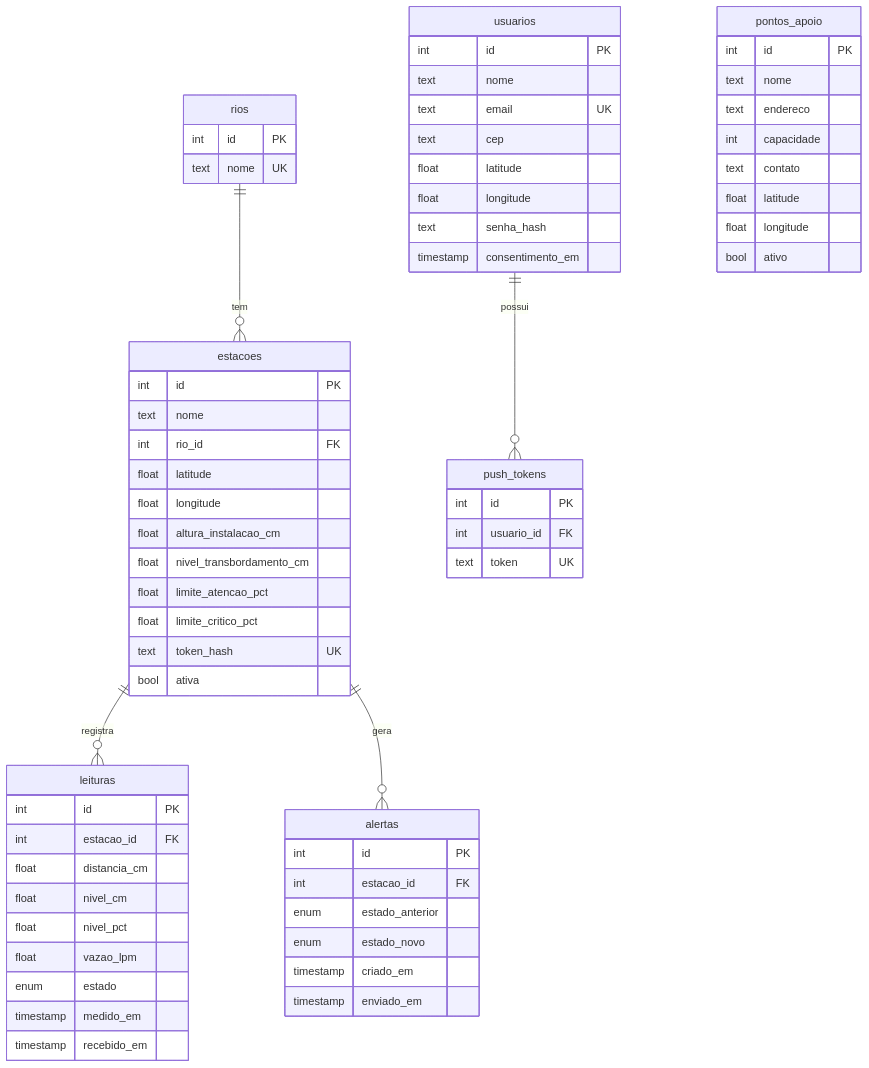
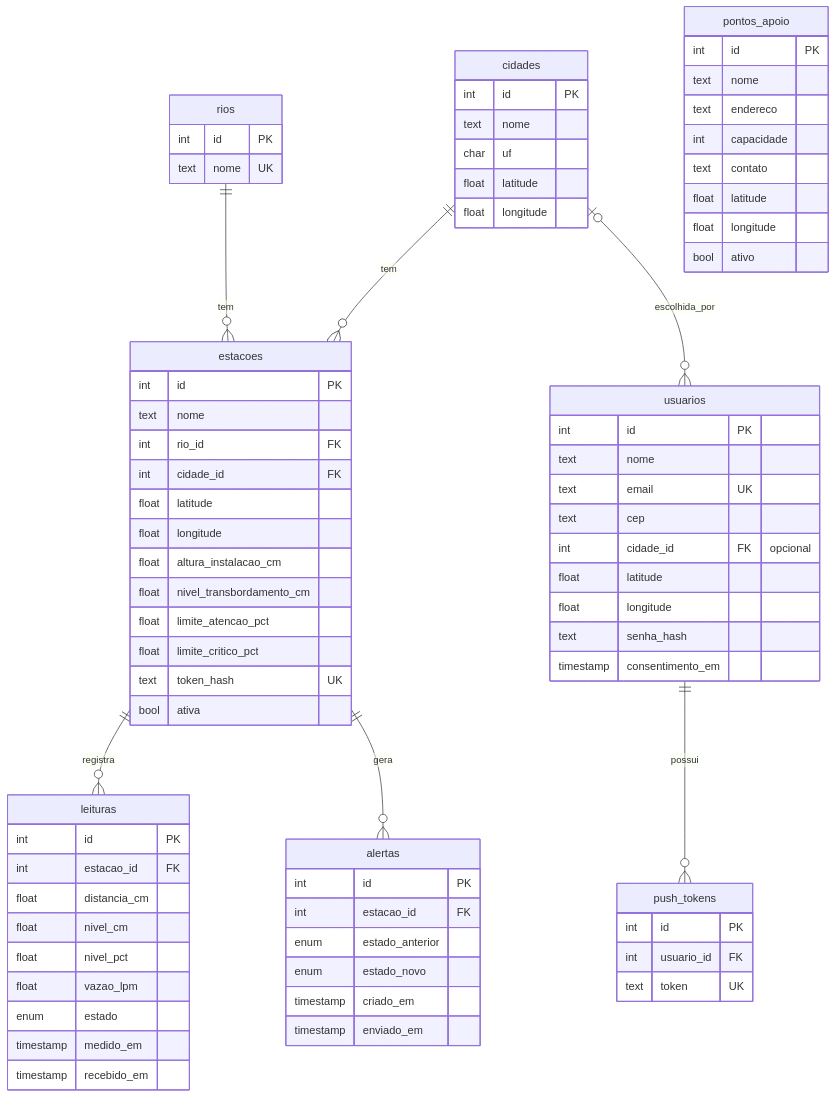
The diagram in docs/banco-de-dados.md (Mateus-Fonseca847/acquascan-app), drawn with Mermaid before and after one commit. The commit also changed other lines of this file and 10 other files, not shown here.

````diff
--- a/docs/banco-de-dados.md
+++ b/docs/banco-de-dados.md
@@ -7,69 +7,80 @@
 ```mermaid
 erDiagram
+    cidades ||--o{ estacoes : tem
+    cidades |o--o{ usuarios : escolhida_por
     rios ||--o{ estacoes : tem
     estacoes ||--o{ leituras : registra
     estacoes ||--o{ alertas : gera
     usuarios ||--o{ push_tokens : possui
 
+    cidades {
+        int id PK
+        text nome
+        char uf
+        float latitude
+        float longitude
+    }
     rios {
         int id PK
         text nome UK
     }
     estacoes {
         int id PK
         text nome
         int rio_id FK
+        int cidade_id FK
         float latitude
         float longitude
         float altura_instalacao_cm
         float nivel_transbordamento_cm
         float limite_atencao_pct
         float limite_critico_pct
         text token_hash UK
         bool ativa
     }
     leituras {
         int id PK
         int estacao_id FK
         float distancia_cm
         float nivel_cm
         float nivel_pct
         float vazao_lpm
         enum estado
         timestamp medido_em
         timestamp recebido_em
     }
     alertas {
         int id PK
         int estacao_id FK
         enum estado_anterior
         enum estado_novo
         timestamp criado_em
         timestamp enviado_em
     }
     pontos_apoio {
         int id PK
         text nome
         text endereco
         int capacidade
         text contato
         float latitude
         float longitude
         bool ativo
     }
     usuarios {
         int id PK
         text nome
         text email UK
         text cep
+        int cidade_id FK "opcional"
         float latitude
         float longitude
         text senha_hash
         timestamp consentimento_em
     }
     push_tokens {
         int id PK
         int usuario_id FK
         text token UK
     }
 ```
````
